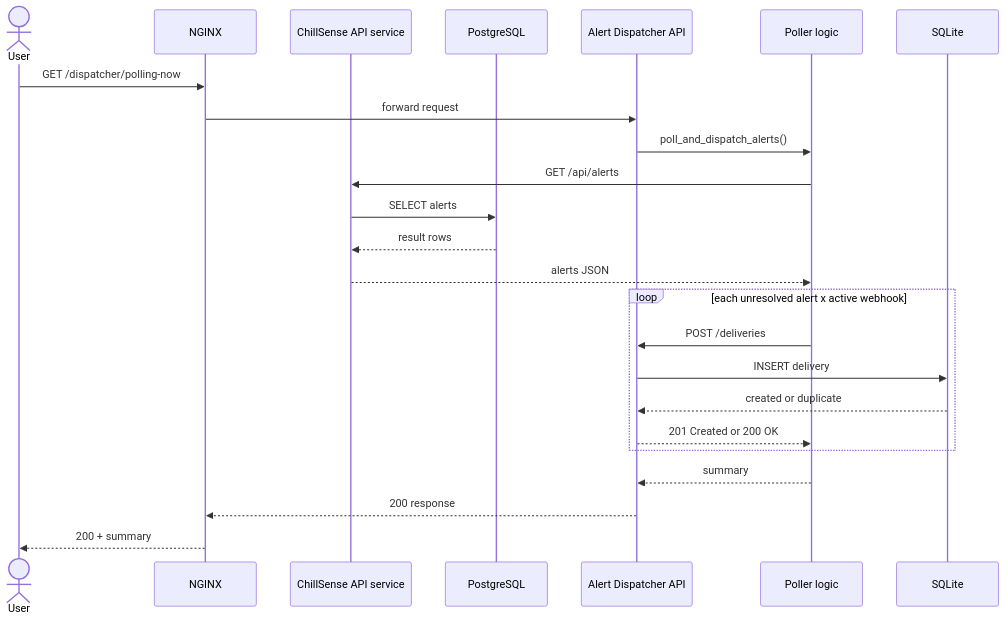
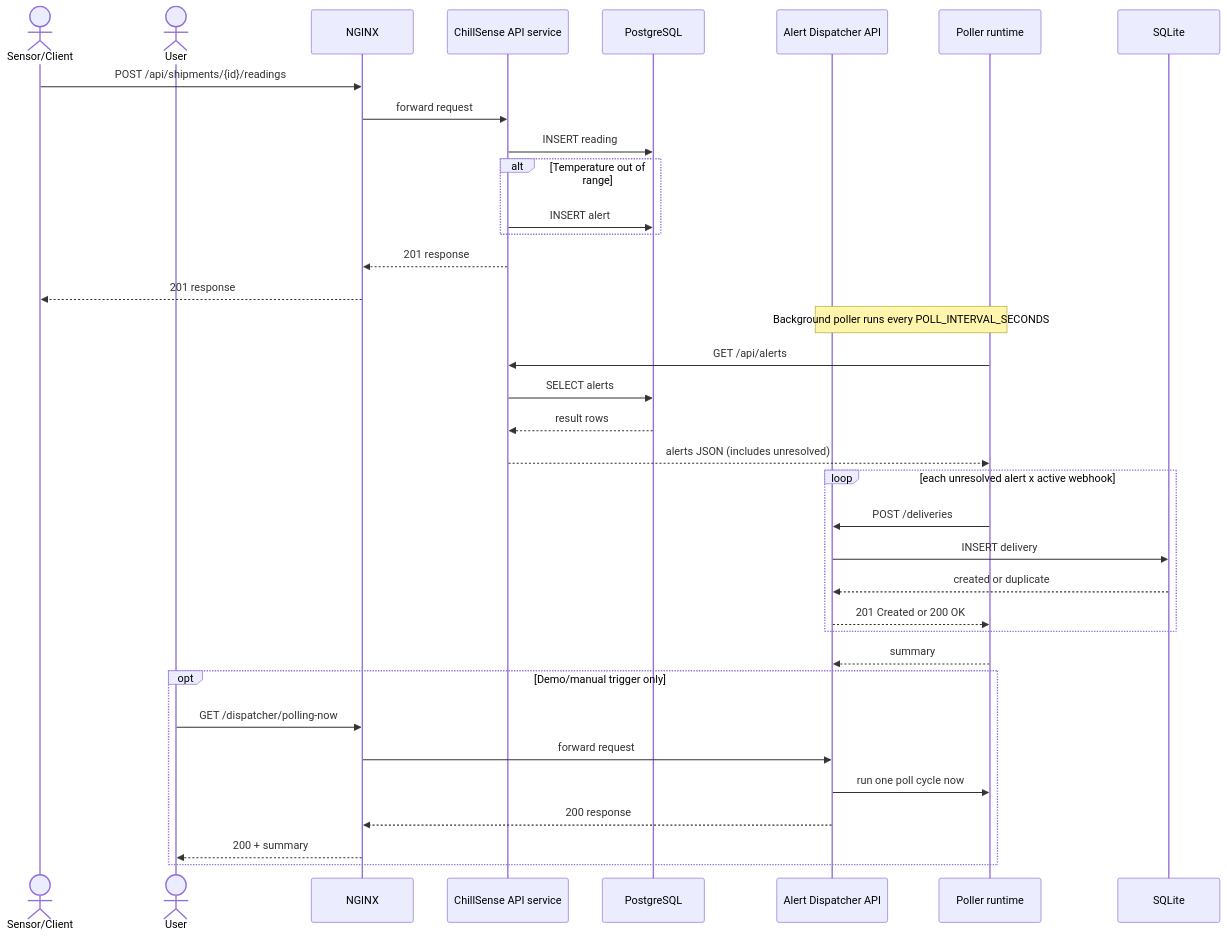
The third of 3 diagrams in ALERT_DISPATCHER_README.md (bitwisesajjad/ChillSense), drawn with Mermaid before and after one commit. The commit also changed other lines of this file and 2 other files, not shown here.

````diff
--- a/ALERT_DISPATCHER_README.md
+++ b/ALERT_DISPATCHER_README.md
@@ -109,30 +146,44 @@
 ```mermaid
 sequenceDiagram
+    actor Sensor as Sensor/Client
     actor User
     participant N as NGINX
     participant A as ChillSense API service
     participant PG as PostgreSQL
     participant D as Alert Dispatcher API
-    participant P as Poller logic
+    participant P as Poller runtime
     participant S as SQLite
 
-    User->>N: GET /dispatcher/polling-now
-    N->>D: forward request
-    D->>P: poll_and_dispatch_alerts()
+    Sensor->>N: POST /api/shipments/{id}/readings
+    N->>A: forward request
+    A->>PG: INSERT reading
+    alt Temperature out of range
+        A->>PG: INSERT alert
+    end
+    A-->>N: 201 response
+    N-->>Sensor: 201 response
+
+    Note over P,D: Background poller runs every POLL_INTERVAL_SECONDS
 
     P->>A: GET /api/alerts
     A->>PG: SELECT alerts
     PG-->>A: result rows
-    A-->>P: alerts JSON
+    A-->>P: alerts JSON (includes unresolved)
 
     loop each unresolved alert x active webhook
         P->>D: POST /deliveries
         D->>S: INSERT delivery
         S-->>D: created or duplicate
         D-->>P: 201 Created or 200 OK
     end
 
     P-->>D: summary
-    D-->>N: 200 response
-    N-->>User: 200 + summary
+
+    opt Demo/manual trigger only
+        User->>N: GET /dispatcher/polling-now
+        N->>D: forward request
+        D->>P: run one poll cycle now
+        D-->>N: 200 response
+        N-->>User: 200 + summary
+    end
 ```
````
